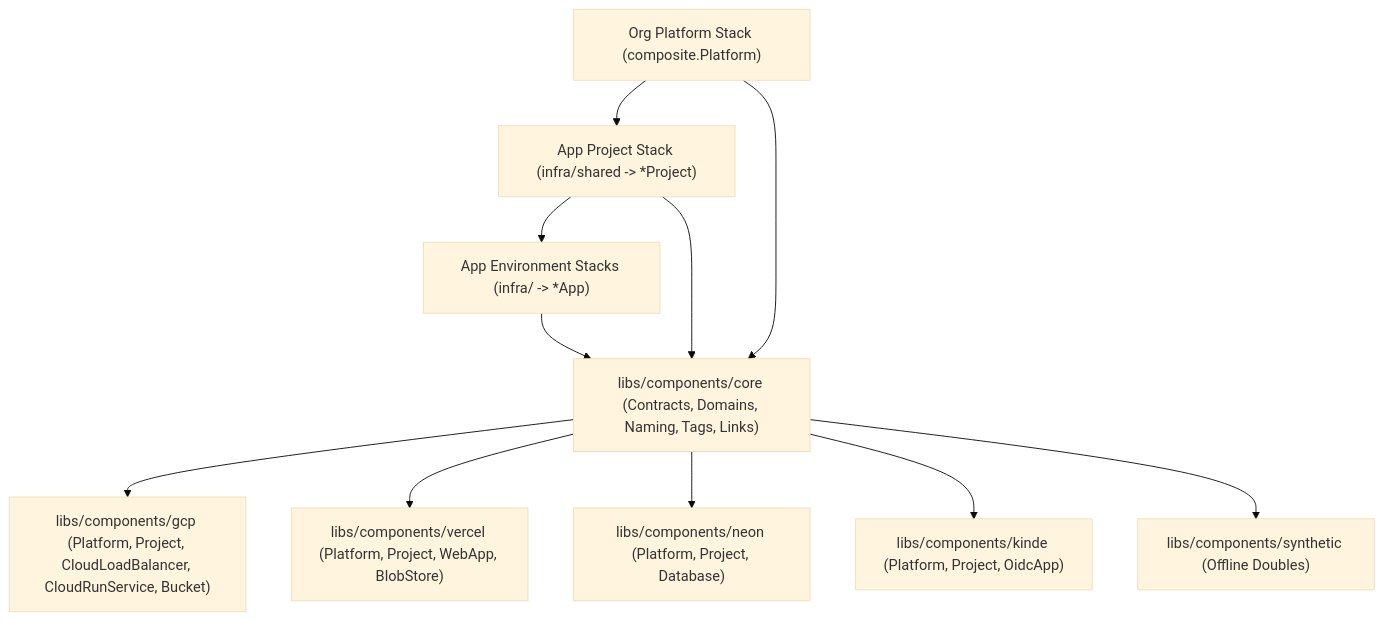
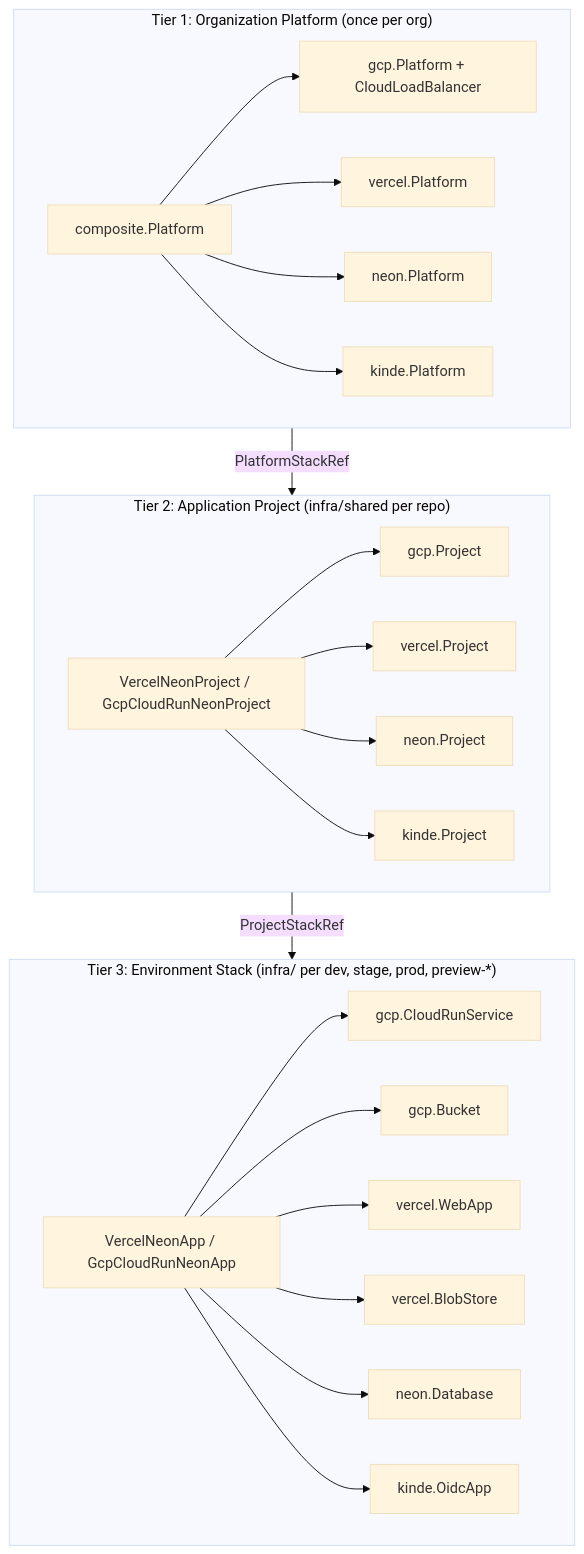
Before and after one commit to cloudvoyant/openbase: the first of 2 diagrams in docs/architecture/index.md, drawn with Mermaid (base theme). The commit also changed other lines of this file and 55 other files, not shown here.

Commit message:
refactor(components,docs): enforce Platform/Project/Environment interfaces and per-component architecture docs

````diff
--- a/docs/architecture/index.md
+++ b/docs/architecture/index.md
@@ -26,13 +25,28 @@
 ```mermaid
 flowchart TD
-    Org["Org Platform Stack (composite.Platform)"] --> Proj["App Project Stack (infra/shared -> *Project)"]
-    Proj --> Env["App Environment Stacks (infra/ -> *App)"]
-    Env --> Core["libs/components/core (Contracts, Domains, Naming, Tags, Links)"]
-    Proj --> Core
-    Org --> Core
-    Core --> GCP["libs/components/gcp (Platform, Project, CloudLoadBalancer, CloudRunService, Bucket)"]
-    Core --> Vercel["libs/components/vercel (Platform, Project, WebApp, BlobStore)"]
-    Core --> Neon["libs/components/neon (Platform, Project, Database)"]
-    Core --> Kinde["libs/components/kinde (Platform, Project, OidcApp)"]
-    Core --> Syn["libs/components/synthetic (Offline Doubles)"]
+    subgraph Tier1["Tier 1: Organization Platform (once per org)"]
+        CompPlat["composite.Platform"] --> GCPPlat["gcp.Platform + CloudLoadBalancer"]
+        CompPlat --> VerPlat["vercel.Platform"]
+        CompPlat --> NeonPlat["neon.Platform"]
+        CompPlat --> KindePlat["kinde.Platform"]
+    end
+
+    subgraph Tier2["Tier 2: Application Project (infra/shared per repo)"]
+        CompProj["VercelNeonProject / GcpCloudRunNeonProject"] --> GCPProj["gcp.Project"]
+        CompProj --> VerProj["vercel.Project"]
+        CompProj --> NeonProj["neon.Project"]
+        CompProj --> KindeProj["kinde.Project"]
+    end
+
+    subgraph Tier3["Tier 3: Environment Stack (infra/ per dev, stage, prod, preview-*)"]
+        CompApp["VercelNeonApp / GcpCloudRunNeonApp"] --> CR["gcp.CloudRunService"]
+        CompApp --> Bkt["gcp.Bucket"]
+        CompApp --> Web["vercel.WebApp"]
+        CompApp --> Blob["vercel.BlobStore"]
+        CompApp --> DB["neon.Database"]
+        CompApp --> OIDC["kinde.OidcApp"]
+    end
+
+    Tier1 -->|"PlatformStackRef"| Tier2
+    Tier2 -->|"ProjectStackRef"| Tier3
 ```
````
